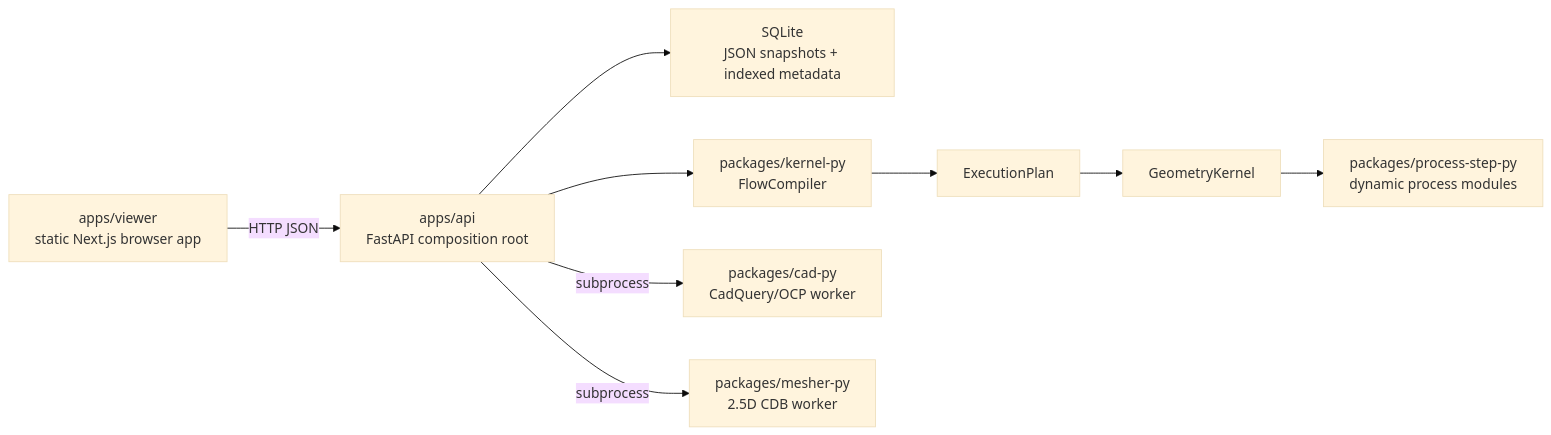
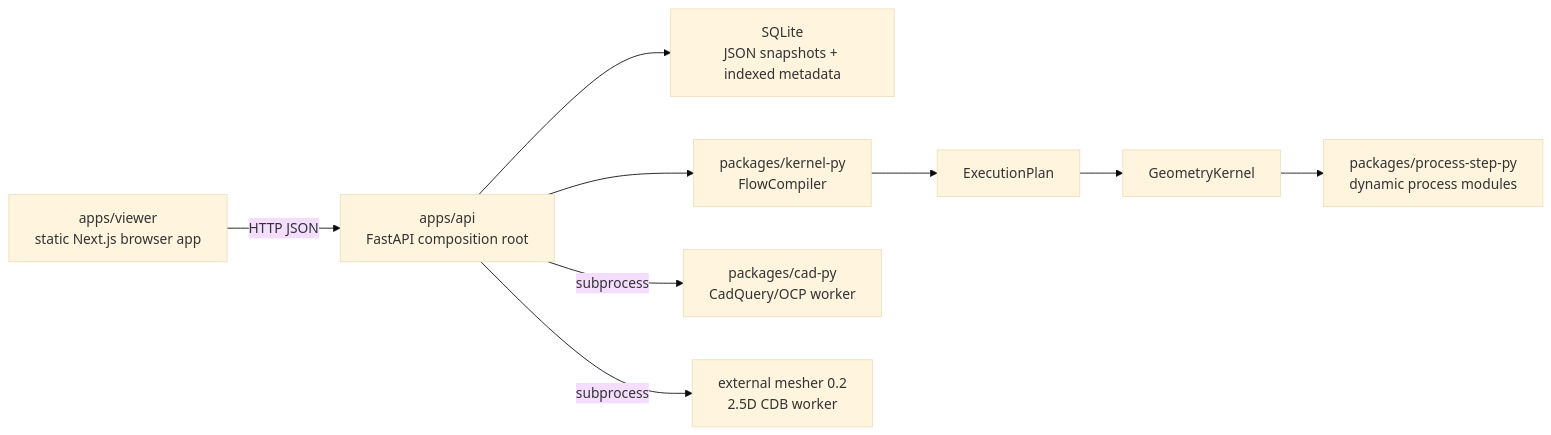
The diagram in docs/architecture/system-overview.md (henry861010/process_flow_v2), drawn with Mermaid (base theme) before and after one commit. The commit also changed other lines of this file and 44 other files, not shown here.

````diff
--- a/docs/architecture/system-overview.md
+++ b/docs/architecture/system-overview.md
@@ -26,11 +26,11 @@
 ```mermaid
 flowchart LR
   Browser["apps/viewer\nstatic Next.js browser app"] -->|"HTTP JSON"| API["apps/api\nFastAPI composition root"]
   API --> Store["SQLite\nJSON snapshots + indexed metadata"]
   API --> Compiler["packages/kernel-py\nFlowCompiler"]
   Compiler --> Plan["ExecutionPlan"]
   Plan --> Kernel["GeometryKernel"]
   Kernel --> Steps["packages/process-step-py\ndynamic process modules"]
   API -->|"subprocess"| CAD["packages/cad-py\nCadQuery/OCP worker"]
-  API -->|"subprocess"| Mesher["packages/mesher-py\n2.5D CDB worker"]
+  API -->|"subprocess"| Mesher["external mesher 0.2\n2.5D CDB worker"]
 ```
````
